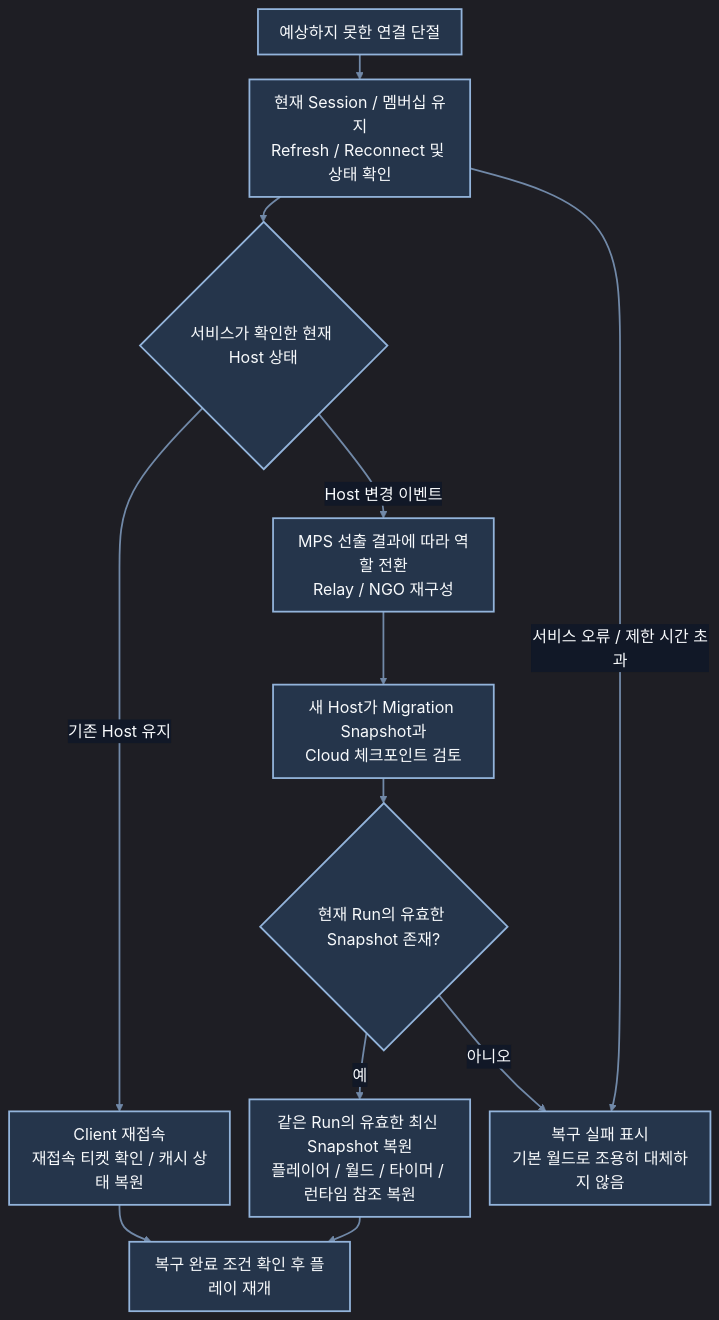
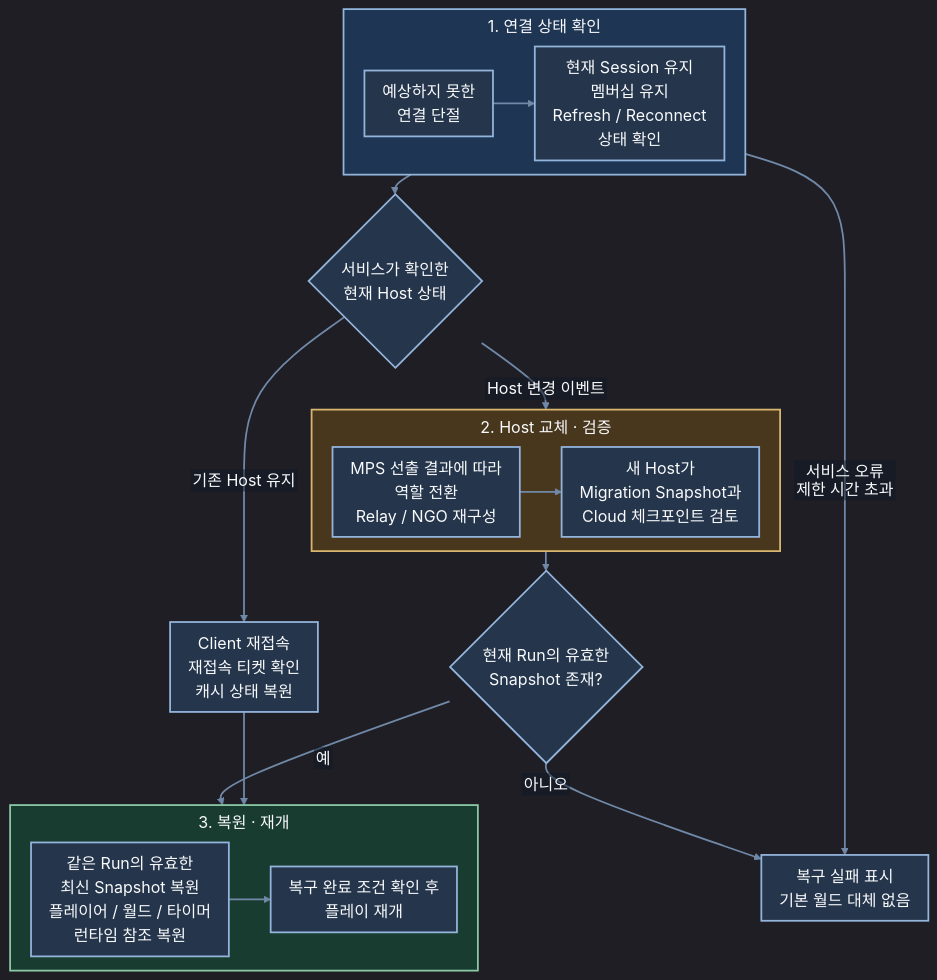
One commit to theholmes2/EchoZone changed the eighth of 9 diagrams in README.md. Above: the diagram before and after it, drawn with Mermaid. The commit also changed other lines of this file, not shown here.

Commit message:
문서: README Mermaid 글꼴과 흐름 배치 가독성 개선

````diff
--- a/README.md
+++ b/README.md
@@ -280,17 +294,37 @@
 ```mermaid
-%%{init: {"theme":"dark","themeVariables":{"fontSize":"18px","fontFamily":"sans-serif","primaryColor":"#1E3553","primaryTextColor":"#F8FAFC","primaryBorderColor":"#93B4DB","lineColor":"#7189A8","secondaryColor":"#183C30","tertiaryColor":"#49371D","clusterBkg":"#1E3553","clusterBorder":"#93B4DB","actorBkg":"#1E3553","actorBorder":"#93B4DB","actorTextColor":"#F8FAFC","signalColor":"#F8FAFC","signalTextColor":"#F8FAFC","labelBoxBkgColor":"#49371D","labelBoxBorderColor":"#D9B66F","labelTextColor":"#F8FAFC","loopTextColor":"#F8FAFC","noteBkgColor":"#25354B","noteTextColor":"#F8FAFC","noteBorderColor":"#93B4DB","textColor":"#F8FAFC","titleColor":"#F8FAFC","secondaryTextColor":"#F8FAFC","tertiaryTextColor":"#F8FAFC","edgeLabelBackground":"#111827","nodeTextColor":"#F8FAFC","actorLineColor":"#CBD5E1","activationBorderColor":"#CBD5E1","activationBkgColor":"#25354B","darkMode":true,"background":"#111827"},"flowchart":{"nodeSpacing":22,"rankSpacing":28,"padding":12},"sequence":{"actorMargin":24,"width":110,"height":44,"diagramMarginX":8,"diagramMarginY":12,"messageMargin":28,"mirrorActors":false,"wrap":true,"actorFontSize":18,"messageFontSize":18,"noteFontSize":17},"darkMode":true,"themeCSS":"text, tspan { fill: #F8FAFC !important; } .nodeLabel, .nodeLabel p, .nodeLabel span, .edgeLabel, .edgeLabel p, .cluster-label, .cluster-label p { color: #F8FAFC !important; } .messageText, .noteText, .labelText, .loopText { fill: #F8FAFC !important; color: #F8FAFC !important; } .messageLine0, .messageLine1, .actor-line { stroke: #E2E8F0 !important; }"}}%%
-flowchart TD
-    D["예상하지 못한 연결 단절"] --> K["현재 Session / 멤버십 유지<br/>Refresh / Reconnect 및 상태 확인"]
-    K --> T{"서비스가 확인한 현재 Host 상태"}
-    T -->|기존 Host 유지| C["Client 재접속<br/>재접속 티켓 확인 / 캐시 상태 복원"]
-    T -->|Host 변경 이벤트| M["MPS 선출 결과에 따라 역할 전환<br/>Relay / NGO 재구성"]
-    M --> N["새 Host가 Migration Snapshot과<br/>Cloud 체크포인트 검토"]
-    N --> V{"현재 Run의 유효한 Snapshot 존재?"}
-    V -->|예| A["같은 Run의 유효한 최신 Snapshot 복원<br/>플레이어 / 월드 / 타이머 / 런타임 참조 복원"]
-    A --> B["복구 완료 조건 확인 후 플레이 재개"]
+%%{init: {"theme":"dark","themeVariables":{"fontSize":"18px","fontFamily":"Arial, Malgun Gothic, sans-serif","primaryColor":"#1E3553","primaryTextColor":"#F8FAFC","primaryBorderColor":"#93B4DB","lineColor":"#7189A8","secondaryColor":"#183C30","tertiaryColor":"#49371D","clusterBkg":"#1E3553","clusterBorder":"#93B4DB","actorBkg":"#1E3553","actorBorder":"#93B4DB","actorTextColor":"#F8FAFC","signalColor":"#F8FAFC","signalTextColor":"#F8FAFC","labelBoxBkgColor":"#49371D","labelBoxBorderColor":"#D9B66F","labelTextColor":"#F8FAFC","loopTextColor":"#F8FAFC","noteBkgColor":"#25354B","noteTextColor":"#F8FAFC","noteBorderColor":"#93B4DB","textColor":"#F8FAFC","titleColor":"#F8FAFC","secondaryTextColor":"#F8FAFC","tertiaryTextColor":"#F8FAFC","edgeLabelBackground":"#111827","nodeTextColor":"#F8FAFC","actorLineColor":"#CBD5E1","activationBorderColor":"#CBD5E1","activationBkgColor":"#25354B","darkMode":true,"background":"#111827"},"flowchart":{"nodeSpacing":12,"rankSpacing":22,"padding":10,"htmlLabels":false,"wrappingWidth":360,"subGraphTitleMargin":{"top":8,"bottom":18}},"sequence":{"actorMargin":24,"width":110,"height":44,"diagramMarginX":8,"diagramMarginY":12,"messageMargin":28,"mirrorActors":false,"wrap":true,"actorFontSize":18,"messageFontSize":18,"noteFontSize":17},"darkMode":true,"themeCSS":"text, tspan { fill: #F8FAFC !important; } .nodeLabel, .nodeLabel p, .nodeLabel span, .edgeLabel, .edgeLabel p, .cluster-label, .cluster-label p { color: #F8FAFC !important; } .messageText, .noteText, .labelText, .loopText { fill: #F8FAFC !important; color: #F8FAFC !important; } .messageLine0, .messageLine1, .actor-line { stroke: #E2E8F0 !important; }","fontFamily":"Arial, Malgun Gothic, sans-serif"}}%%
+flowchart TB
+    subgraph Detect["1. 연결 상태 확인"]
+        direction LR
+        D["예상하지 못한<br/>연결 단절"] --> K["현재 Session 유지<br/>멤버십 유지<br/>Refresh / Reconnect<br/>상태 확인"]
+    end
+    T{"서비스가 확인한<br/>현재 Host 상태"}
+    C["Client 재접속<br/>재접속 티켓 확인<br/>캐시 상태 복원"]
+    subgraph Migration["2. Host 교체 · 검증"]
+        direction LR
+        M["MPS 선출 결과에 따라<br/>역할 전환<br/>Relay / NGO 재구성"]
+        N["새 Host가<br/>Migration Snapshot과<br/>Cloud 체크포인트 검토"]
+        M --> N
+    end
+    V{"현재 Run의 유효한<br/>Snapshot 존재?"}
+    subgraph Restore["3. 복원 · 재개"]
+        direction LR
+        A["같은 Run의 유효한<br/>최신 Snapshot 복원<br/>플레이어 / 월드 / 타이머<br/>런타임 참조 복원"]
+        B["복구 완료 조건 확인 후<br/>플레이 재개"]
+        A --> B
+    end
+    F["복구 실패 표시<br/>기본 월드 대체 없음"]
+    Detect --> T
+    T -->|기존 Host 유지| C
+    T -->|Host 변경 이벤트| Migration
+    Migration --> V
+    V -->|예| A
+    V -->|아니오| F
     C --> B
-    V -->|아니오| F["복구 실패 표시<br/>기본 월드로 조용히 대체하지 않음"]
-    K -->|서비스 오류 / 제한 시간 초과| F
+    Detect -->|서비스 오류<br/>제한 시간 초과| F
+    style Detect fill:#1E3553,stroke:#93B4DB,stroke-width:2px,color:#F8FAFC
+    style Migration fill:#49371D,stroke:#D9B66F,stroke-width:2px,color:#F8FAFC
+    style Restore fill:#183C30,stroke:#8BC9A6,stroke-width:2px,color:#F8FAFC
     classDef default fill:#25354B,stroke:#93B4DB,stroke-width:2px,color:#F8FAFC
     linkStyle default stroke:#7189A8,stroke-width:2px,color:#F8FAFC
 ```
````
